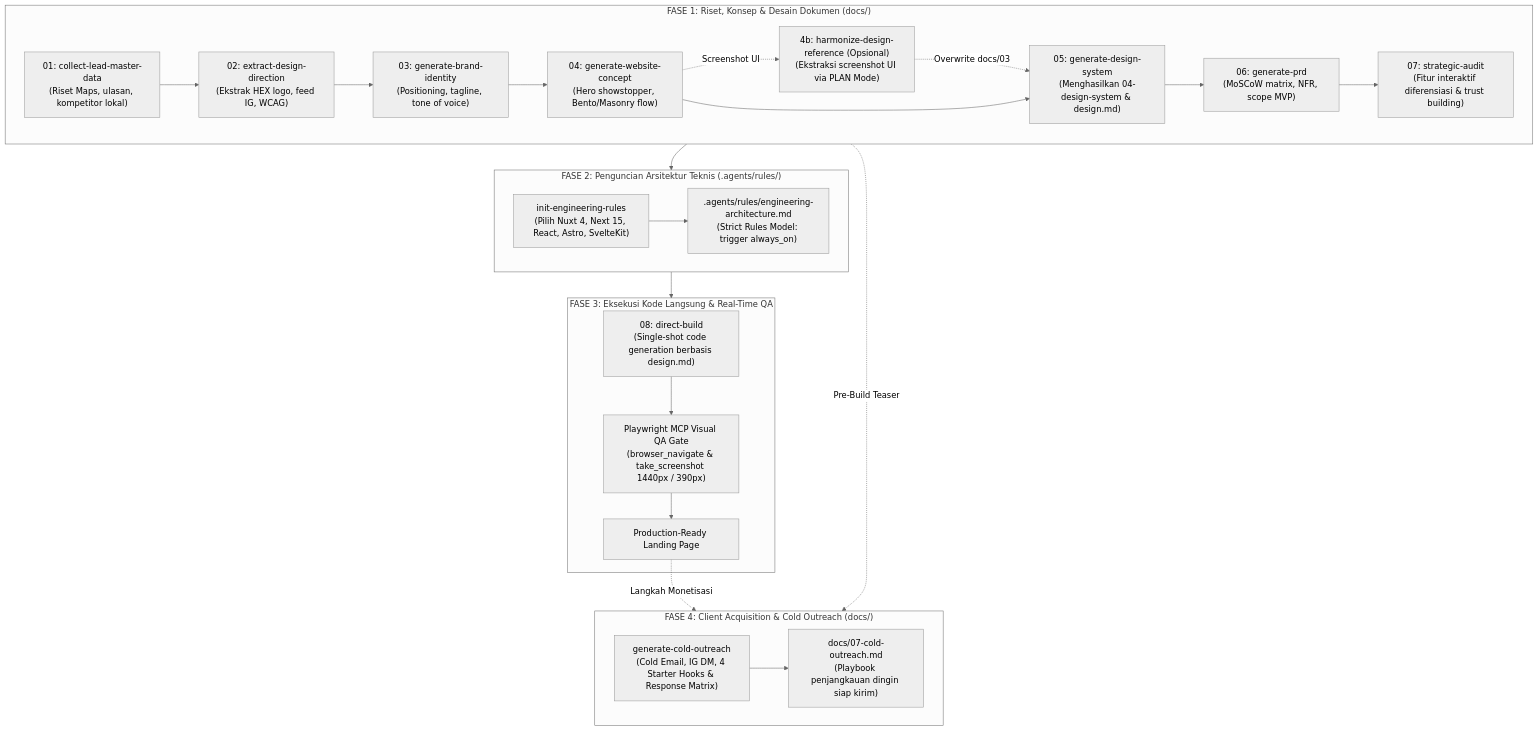
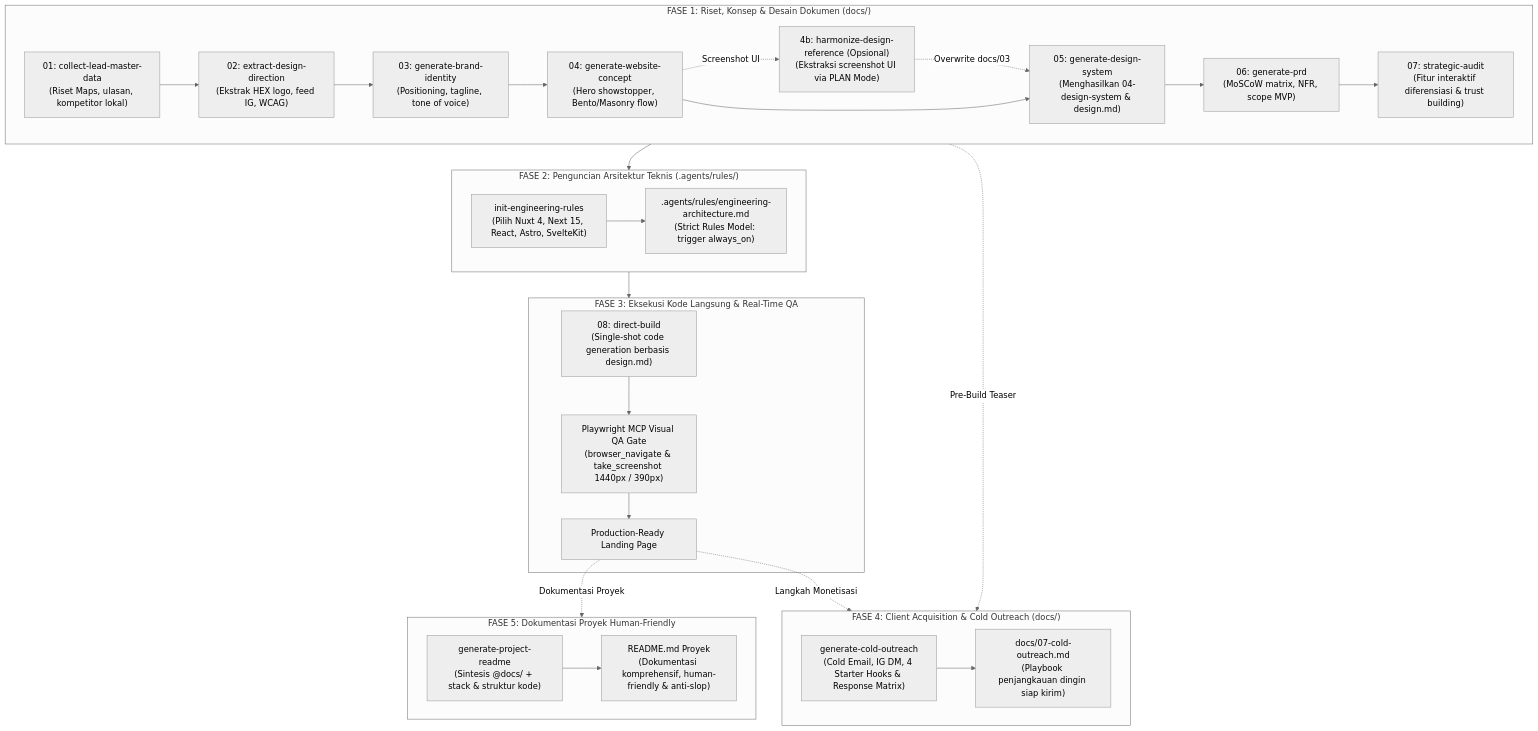
Before and after one commit to or-abdillh/agency-website-skillpack: the diagram in README.md, drawn with Mermaid (neutral theme). The commit also changed other lines of this file, not shown here.

Commit message:
docs(catalog): add generate-project-readme to skill catalog and workflow diagram

````diff
--- a/README.md
+++ b/README.md
@@ -110,42 +110,49 @@
 ```mermaid
 flowchart TD
     subgraph Fase1["FASE 1: Riset, Konsep & Desain Dokumen (docs/)"]
         S1["01: collect-lead-master-data\n(Riset Maps, ulasan, kompetitor lokal)"]
         S2["02: extract-design-direction\n(Ekstrak HEX logo, feed IG, WCAG)"]
         S3["03: generate-brand-identity\n(Positioning, tagline, tone of voice)"]
         S4["04: generate-website-concept\n(Hero showstopper, Bento/Masonry flow)"]
         S4b["4b: harmonize-design-reference (Opsional)\n(Ekstraksi screenshot UI via PLAN Mode)"]
         S5["05: generate-design-system\n(Menghasilkan 04-design-system & design.md)"]
         S6["06: generate-prd\n(MoSCoW matrix, NFR, scope MVP)"]
         S7["07: strategic-audit\n(Fitur interaktif diferensiasi & trust building)"]
 
         S1 --> S2 --> S3 --> S4
         S4 -. Screenshot UI .-> S4b
         S4b -. Overwrite docs/03 .-> S5
         S4 --> S5
         S5 --> S6 --> S7
     end
 
     subgraph Fase2["FASE 2: Penguncian Arsitektur Teknis (.agents/rules/)"]
         R1["init-engineering-rules\n(Pilih Nuxt 4, Next 15, React, Astro, SvelteKit)"]
         R2[".agents/rules/engineering-architecture.md\n(Strict Rules Model: trigger always_on)"]
         R1 --> R2
     end
 
     subgraph Fase3["FASE 3: Eksekusi Kode Langsung & Real-Time QA"]
         B1["08: direct-build\n(Single-shot code generation berbasis design.md)"]
         PW["Playwright MCP Visual QA Gate\n(browser_navigate & take_screenshot 1440px / 390px)"]
         OUT["Production-Ready Landing Page"]
         B1 --> PW --> OUT
     end
 
     subgraph Fase4["FASE 4: Client Acquisition & Cold Outreach (docs/)"]
         CO["generate-cold-outreach\n(Cold Email, IG DM, 4 Starter Hooks & Response Matrix)"]
         DOC7["docs/07-cold-outreach.md\n(Playbook penjangkauan dingin siap kirim)"]
         CO --> DOC7
     end
 
+    subgraph Fase5["FASE 5: Dokumentasi Proyek Human-Friendly"]
+        RD["generate-project-readme\n(Sintesis @docs/ + stack & struktur kode)"]
+        RDM["README.md Proyek\n(Dokumentasi komprehensif, human-friendly & anti-slop)"]
+        RD --> RDM
+    end
+
     Fase1 --> Fase2 --> Fase3
+    OUT -. Dokumentasi Proyek .-> Fase5
     OUT -. Langkah Monetisasi .-> Fase4
     Fase1 -. Pre-Build Teaser .-> Fase4
 ```
````
